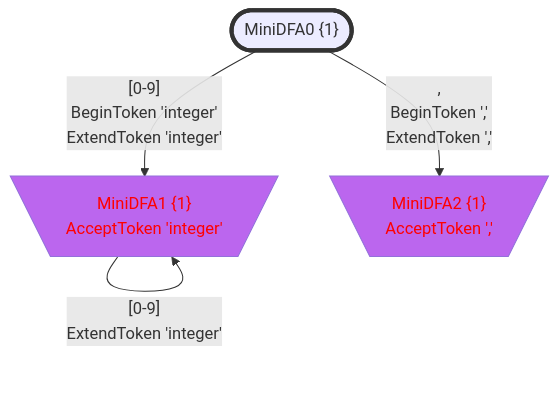
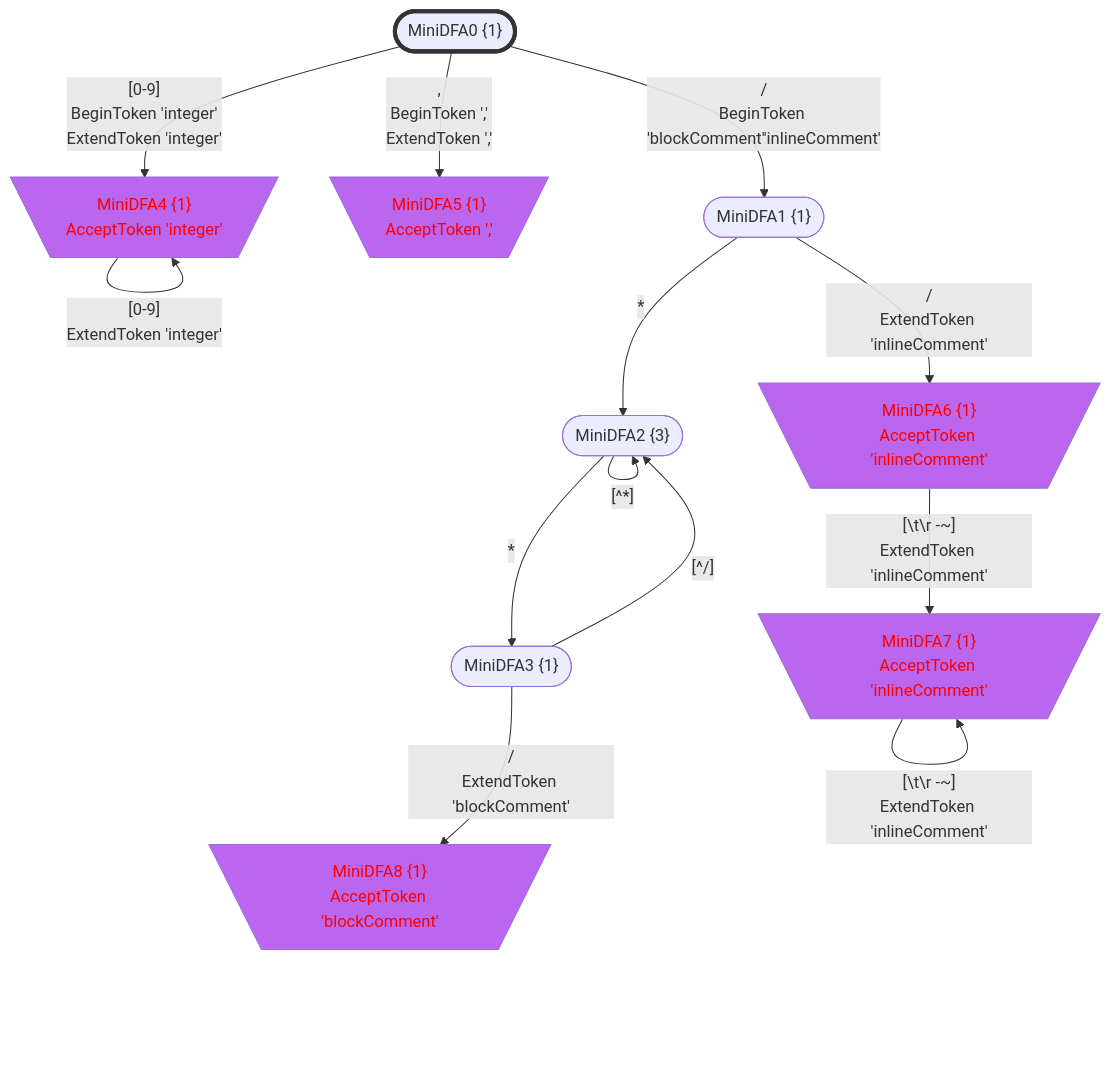
One commit to bitzhuwei/GrammarMentor changed the seventh of 7 diagrams in Practices/Practice.GeneratedXxxFormat.Test/GeneratedInts2/doc/LexicalStates.gen.md. Above: the diagram before and after it, drawn with Mermaid. The commit also changed other lines of this file and 3868 other files, not shown here.

````diff
--- a/Practices/Practice.GeneratedXxxFormat.Test/GeneratedInts2/doc/LexicalStates.gen.md
+++ b/Practices/Practice.GeneratedXxxFormat.Test/GeneratedInts2/doc/LexicalStates.gen.md
@@ -355,34 +788,60 @@
 ```Mermaid
 flowchart
 classDef c0001 color:#FF0000;
 classDef c0010 stroke-dasharray: 10 10;
 classDef c0011 stroke-dasharray: 10 10,color:#FF0000;
 classDef c0100 fill:#BB66EE;
 classDef c0101 fill:#BB66EE,color:#FF0000;
 classDef c0110 fill:#BB66EE,stroke-dasharray: 10 10;
 classDef c0111 fill:#BB66EE,stroke-dasharray: 10 10,color:#FF0000;
 classDef c1000 stroke:#333,stroke-width:4px;
 classDef c1001 stroke:#333,stroke-width:4px,color:#FF0000;
 classDef c1010 stroke:#333,stroke-width:4px,stroke-dasharray: 10 10;
 classDef c1011 stroke:#333,stroke-width:4px,stroke-dasharray: 10 10,color:#FF0000;
 classDef c1100 stroke:#333,stroke-width:4px,fill:#BB66EE;
 classDef c1101 stroke:#333,stroke-width:4px,fill:#BB66EE,color:#FF0000;
 classDef c1110 stroke:#333,stroke-width:4px,fill:#BB66EE,stroke-dasharray: 10 10;
 classDef c1111 stroke:#333,stroke-width:4px,fill:#BB66EE,stroke-dasharray: 10 10,color:#FF0000;
-MiniDFA0_96068073(["MiniDFA0 {1}"])
-class MiniDFA0_96068073 c1000;
-MiniDFA1_310322936[\"MiniDFA1 {1}
+MiniDFA0_-1927124090(["MiniDFA0 {1}"])
+class MiniDFA0_-1927124090 c1000;
+MiniDFA4_197586790[\"MiniDFA4 {1}
 AcceptToken 'integer'"/]
-class MiniDFA1_310322936 c0101;
-MiniDFA2_-1741180269[\"MiniDFA2 {1}
+class MiniDFA4_197586790 c0101;
+MiniDFA5_-1818913402[\"MiniDFA5 {1}
 AcceptToken ','"/]
-class MiniDFA2_-1741180269 c0101;
-MiniDFA0_96068073 -->|"[0-9]
+class MiniDFA5_-1818913402 c0101;
+MiniDFA1_-1621108429(["MiniDFA1 {1}"])
+MiniDFA2_729083013(["MiniDFA2 {3}"])
+MiniDFA6_1259046490[\"MiniDFA6 {1}
+AcceptToken 'inlineComment'"/]
+class MiniDFA6_1259046490 c0101;
+MiniDFA3_1123870596(["MiniDFA3 {1}"])
+MiniDFA7_-1447067160[\"MiniDFA7 {1}
+AcceptToken 'inlineComment'"/]
+class MiniDFA7_-1447067160 c0101;
+MiniDFA8_-60327706[\"MiniDFA8 {1}
+AcceptToken 'blockComment'"/]
+class MiniDFA8_-60327706 c0101;
+MiniDFA0_-1927124090 -->|"[0-9]
 BeginToken 'integer'
-ExtendToken 'integer'"|MiniDFA1_310322936
-MiniDFA0_96068073 -->|",
+ExtendToken 'integer'"|MiniDFA4_197586790
+MiniDFA0_-1927124090 -->|",
 BeginToken ','
-ExtendToken ','"|MiniDFA2_-1741180269
-MiniDFA1_310322936 -->|"[0-9]
-ExtendToken 'integer'"|MiniDFA1_310322936
+ExtendToken ','"|MiniDFA5_-1818913402
+MiniDFA0_-1927124090 -->|"/
+BeginToken 'blockComment''inlineComment'"|MiniDFA1_-1621108429
+MiniDFA4_197586790 -->|"[0-9]
+ExtendToken 'integer'"|MiniDFA4_197586790
+MiniDFA1_-1621108429 -->|"*"|MiniDFA2_729083013
+MiniDFA1_-1621108429 -->|"/
+ExtendToken 'inlineComment'"|MiniDFA6_1259046490
+MiniDFA2_729083013 -->|"[^*]"|MiniDFA2_729083013
+MiniDFA2_729083013 -->|"*"|MiniDFA3_1123870596
+MiniDFA6_1259046490 -->|"[#92;t#92;r#32;-~]
+ExtendToken 'inlineComment'"|MiniDFA7_-1447067160
+MiniDFA3_1123870596 -->|"[^/]"|MiniDFA2_729083013
+MiniDFA3_1123870596 -->|"/
+ExtendToken 'blockComment'"|MiniDFA8_-60327706
+MiniDFA7_-1447067160 -->|"[#92;t#92;r#32;-~]
+ExtendToken 'inlineComment'"|MiniDFA7_-1447067160
 ```
````
